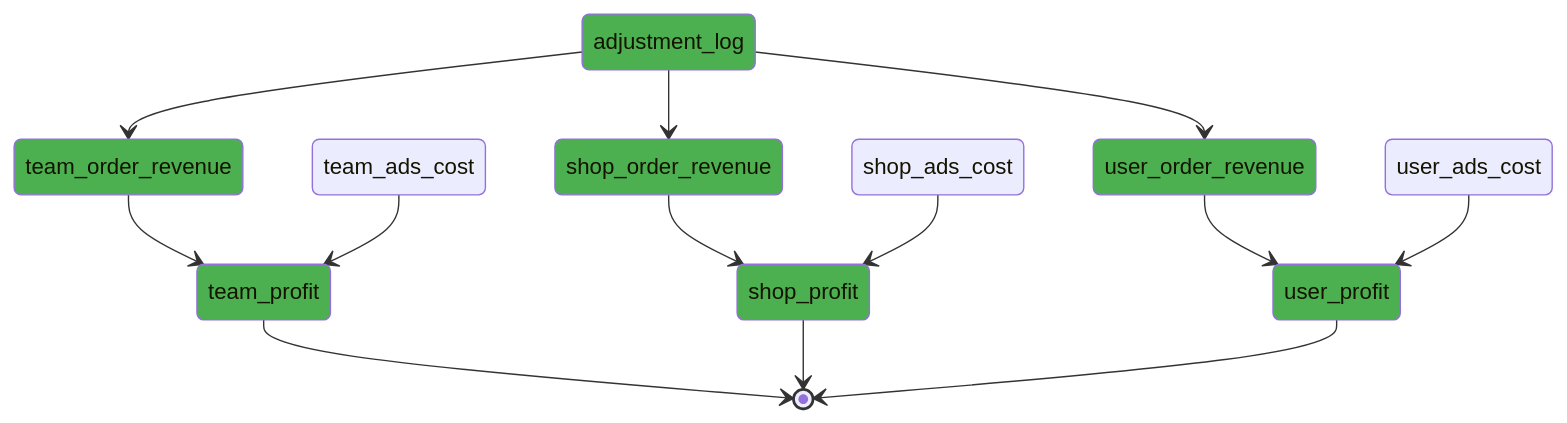
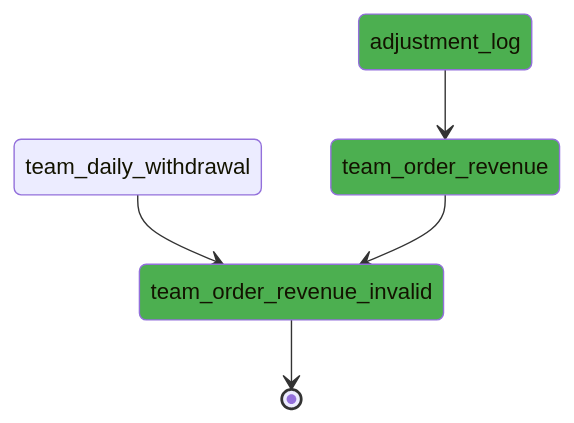
One commit to pdcgo/worker_stat changed the diagram in batch_test.mmd. Above: the diagram before and after it, drawn with Mermaid. The commit also changed 3 other files, not shown here.

Commit message:
check validate team revenue

```diff
--- a/batch_test.mmd
+++ b/batch_test.mmd
@@ -1,22 +1,8 @@
 stateDiagram-v2
-	team_profit--> [*]
-	style team_profit fill:#4CAF50
-	shop_profit--> [*]
-	style shop_profit fill:#4CAF50
-	user_profit--> [*]
-	style user_profit fill:#4CAF50
+	team_order_revenue_invalid--> [*]
+	style team_order_revenue_invalid fill:#4CAF50
+	team_daily_withdrawal--> team_order_revenue_invalid
 	adjustment_log--> team_order_revenue
 	style adjustment_log fill:#4CAF50
-	team_order_revenue--> team_profit
+	team_order_revenue--> team_order_revenue_invalid
 	style team_order_revenue fill:#4CAF50
-	team_ads_cost--> team_profit
-	adjustment_log--> shop_order_revenue
-	style adjustment_log fill:#4CAF50
-	shop_order_revenue--> shop_profit
-	style shop_order_revenue fill:#4CAF50
-	shop_ads_cost--> shop_profit
-	adjustment_log--> user_order_revenue
-	style adjustment_log fill:#4CAF50
-	user_order_revenue--> user_profit
-	style user_order_revenue fill:#4CAF50
-	user_ads_cost--> user_profit
```
